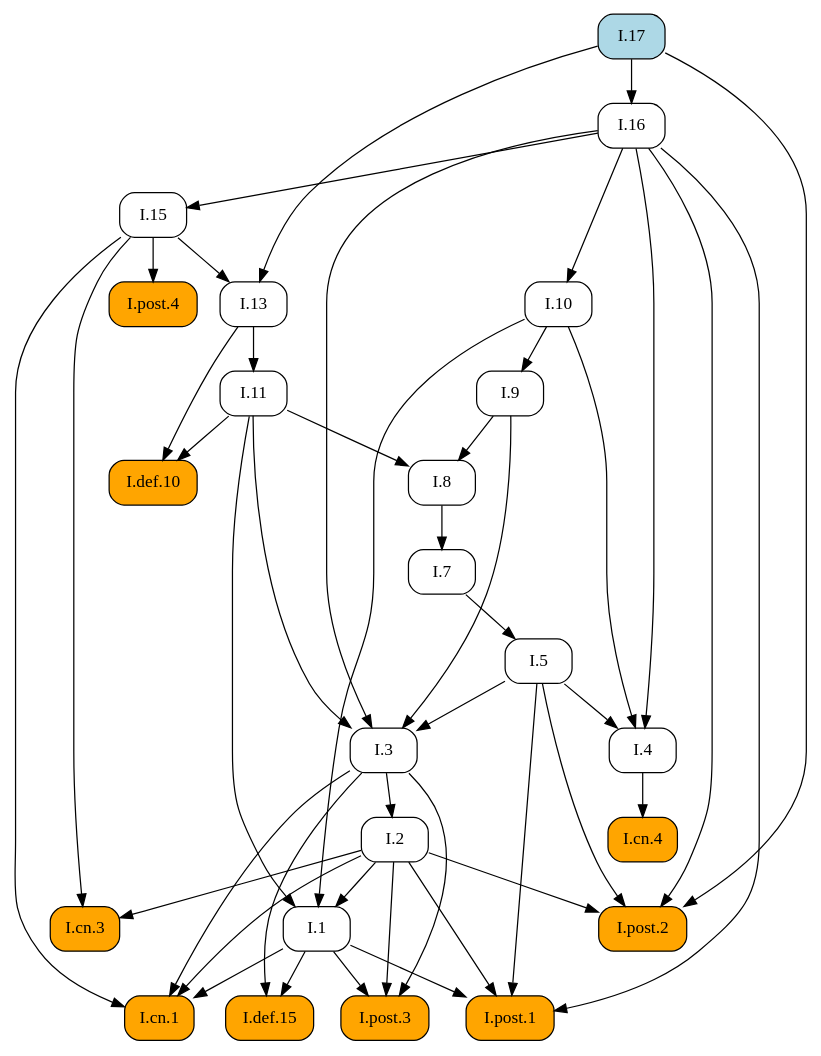
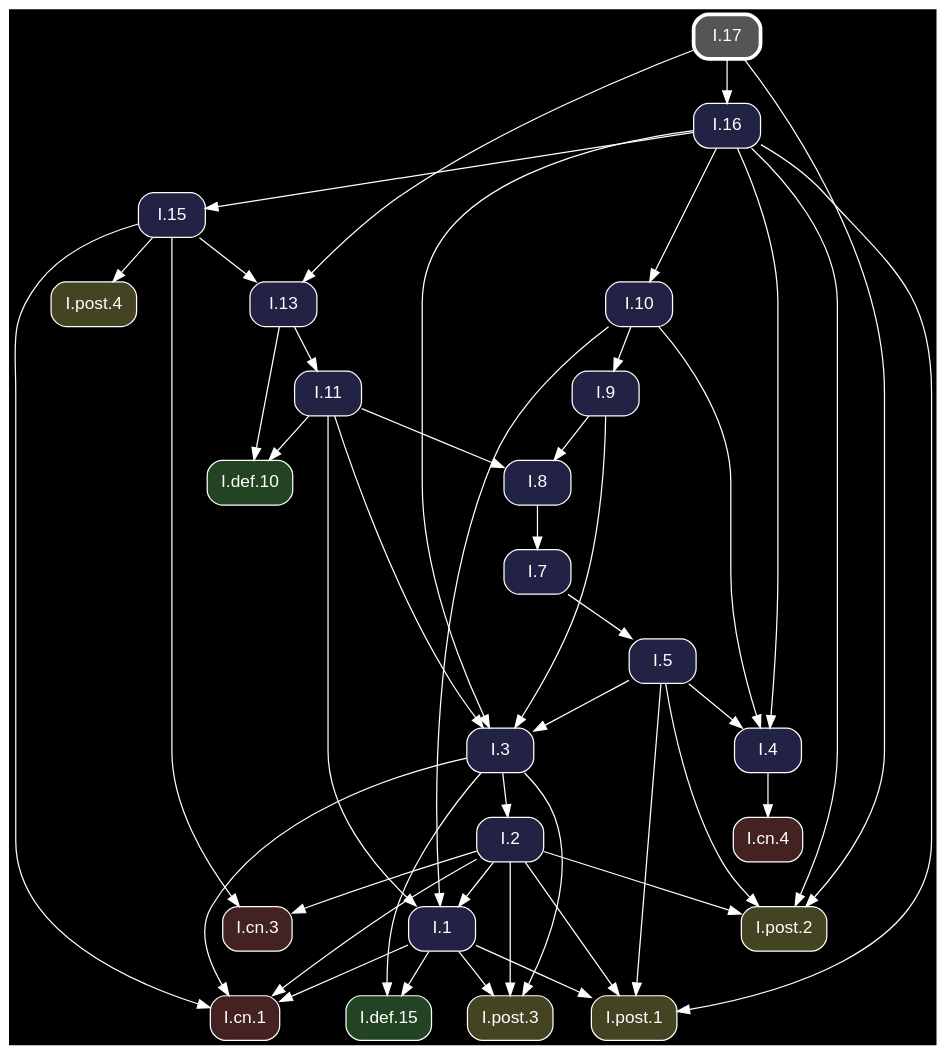
The diagram in docsrc/heath/I/17/index.rst (geometor/elements), drawn with Graphviz before and after one commit. The commit also changed other lines of this file and 1200 other files, not shown here.

Commit message:
update dependency graphs

```diff
--- a/docsrc/heath/I/17/index.rst
+++ b/docsrc/heath/I/17/index.rst
@@ -53,74 +53,76 @@
 .. graphviz::
 
    digraph {
+     bgcolor="black";
+     node [shape=box, style="rounded,filled", fontname="Helvetica", color="white", fontcolor="white"];
+     edge [color="white", fontcolor="white"];
      rankdir="TB";
-     node [shape=box, style=rounded];
-     "I.9" [URL="/heath/I/9/", target="_top"];
-     "I.cn.1" [style="rounded,filled", fillcolor=orange, URL="/heath/I/cn.1/", target="_top"];
-     "I.7" [URL="/heath/I/7/", target="_top"];
-     "I.2" [URL="/heath/I/2/", target="_top"];
-     "I.def.15" [style="rounded,filled", fillcolor=orange, URL="/heath/I/def.15/", target="_top"];
-     "I.13" [URL="/heath/I/13/", target="_top"];
-     "I.post.4" [style="rounded,filled", fillcolor=orange, URL="/heath/I/post.4/", target="_top"];
-     "I.4" [URL="/heath/I/4/", target="_top"];
-     "I.1" [URL="/heath/I/1/", target="_top"];
-     "I.post.3" [style="rounded,filled", fillcolor=orange, URL="/heath/I/post.3/", target="_top"];
-     "I.post.1" [style="rounded,filled", fillcolor=orange, URL="/heath/I/post.1/", target="_top"];
-     "I.5" [URL="/heath/I/5/", target="_top"];
-     "I.8" [URL="/heath/I/8/", target="_top"];
-     "I.17" [style="rounded,filled", fillcolor=lightblue, URL="/heath/I/17/", target="_top"];
-     "I.cn.3" [style="rounded,filled", fillcolor=orange, URL="/heath/I/cn.3/", target="_top"];
-     "I.16" [URL="/heath/I/16/", target="_top"];
-     "I.def.10" [style="rounded,filled", fillcolor=orange, URL="/heath/I/def.10/", target="_top"];
-     "I.15" [URL="/heath/I/15/", target="_top"];
-     "I.10" [URL="/heath/I/10/", target="_top"];
-     "I.11" [URL="/heath/I/11/", target="_top"];
-     "I.cn.4" [style="rounded,filled", fillcolor=orange, URL="/heath/I/cn.4/", target="_top"];
-     "I.post.2" [style="rounded,filled", fillcolor=orange, URL="/heath/I/post.2/", target="_top"];
-     "I.3" [URL="/heath/I/3/", target="_top"];
-     "I.10" -> "I.9";
+     "I.3" [fillcolor="#222244", URL="/heath/I/3/", target="_top"];
+     "I.post.1" [fillcolor="#444422", URL="/heath/I/post.1/", target="_top"];
+     "I.cn.1" [fillcolor="#442222", URL="/heath/I/cn.1/", target="_top"];
+     "I.def.10" [fillcolor="#224422", URL="/heath/I/def.10/", target="_top"];
+     "I.15" [fillcolor="#222244", URL="/heath/I/15/", target="_top"];
+     "I.11" [fillcolor="#222244", URL="/heath/I/11/", target="_top"];
+     "I.16" [fillcolor="#222244", URL="/heath/I/16/", target="_top"];
+     "I.cn.3" [fillcolor="#442222", URL="/heath/I/cn.3/", target="_top"];
+     "I.13" [fillcolor="#222244", URL="/heath/I/13/", target="_top"];
+     "I.2" [fillcolor="#222244", URL="/heath/I/2/", target="_top"];
+     "I.post.2" [fillcolor="#444422", URL="/heath/I/post.2/", target="_top"];
+     "I.cn.4" [fillcolor="#442222", URL="/heath/I/cn.4/", target="_top"];
+     "I.9" [fillcolor="#222244", URL="/heath/I/9/", target="_top"];
+     "I.1" [fillcolor="#222244", URL="/heath/I/1/", target="_top"];
+     "I.post.4" [fillcolor="#444422", URL="/heath/I/post.4/", target="_top"];
+     "I.8" [fillcolor="#222244", URL="/heath/I/8/", target="_top"];
+     "I.4" [fillcolor="#222244", URL="/heath/I/4/", target="_top"];
+     "I.post.3" [fillcolor="#444422", URL="/heath/I/post.3/", target="_top"];
+     "I.7" [fillcolor="#222244", URL="/heath/I/7/", target="_top"];
+     "I.def.15" [fillcolor="#224422", URL="/heath/I/def.15/", target="_top"];
+     "I.5" [fillcolor="#222244", URL="/heath/I/5/", target="_top"];
+     "I.17" [penwidth=3, color="white", fillcolor="#555555", URL="/heath/I/17/", target="_top"];
+     "I.10" [fillcolor="#222244", URL="/heath/I/10/", target="_top"];
+     "I.5" -> "I.3";
+     "I.9" -> "I.3";
+     "I.11" -> "I.3";
+     "I.16" -> "I.3";
+     "I.1" -> "I.post.1";
+     "I.2" -> "I.post.1";
+     "I.5" -> "I.post.1";
+     "I.16" -> "I.post.1";
      "I.1" -> "I.cn.1";
      "I.2" -> "I.cn.1";
      "I.3" -> "I.cn.1";
      "I.15" -> "I.cn.1";
-     "I.8" -> "I.7";
-     "I.3" -> "I.2";
-     "I.1" -> "I.def.15";
-     "I.3" -> "I.def.15";
-     "I.15" -> "I.13";
-     "I.17" -> "I.13";
-     "I.15" -> "I.post.4";
-     "I.5" -> "I.4";
-     "I.10" -> "I.4";
-     "I.16" -> "I.4";
-     "I.2" -> "I.1";
-     "I.10" -> "I.1";
-     "I.11" -> "I.1";
-     "I.1" -> "I.post.3";
-     "I.2" -> "I.post.3";
-     "I.3" -> "I.post.3";
-     "I.1" -> "I.post.1";
-     "I.2" -> "I.post.1";
-     "I.5" -> "I.post.1";
-     "I.16" -> "I.post.1";
-     "I.7" -> "I.5";
-     "I.9" -> "I.8";
-     "I.11" -> "I.8";
-     "I.2" -> "I.cn.3";
-     "I.15" -> "I.cn.3";
-     "I.17" -> "I.16";
      "I.11" -> "I.def.10";
      "I.13" -> "I.def.10";
      "I.16" -> "I.15";
-     "I.16" -> "I.10";
      "I.13" -> "I.11";
-     "I.4" -> "I.cn.4";
+     "I.17" -> "I.16";
+     "I.2" -> "I.cn.3";
+     "I.15" -> "I.cn.3";
+     "I.15" -> "I.13";
+     "I.17" -> "I.13";
+     "I.3" -> "I.2";
      "I.2" -> "I.post.2";
      "I.5" -> "I.post.2";
      "I.16" -> "I.post.2";
      "I.17" -> "I.post.2";
-     "I.5" -> "I.3";
-     "I.9" -> "I.3";
-     "I.11" -> "I.3";
-     "I.16" -> "I.3";
+     "I.4" -> "I.cn.4";
+     "I.10" -> "I.9";
+     "I.2" -> "I.1";
+     "I.10" -> "I.1";
+     "I.11" -> "I.1";
+     "I.15" -> "I.post.4";
+     "I.9" -> "I.8";
+     "I.11" -> "I.8";
+     "I.5" -> "I.4";
+     "I.10" -> "I.4";
+     "I.16" -> "I.4";
+     "I.1" -> "I.post.3";
+     "I.2" -> "I.post.3";
+     "I.3" -> "I.post.3";
+     "I.8" -> "I.7";
+     "I.1" -> "I.def.15";
+     "I.3" -> "I.def.15";
+     "I.7" -> "I.5";
+     "I.16" -> "I.10";
    }
```
